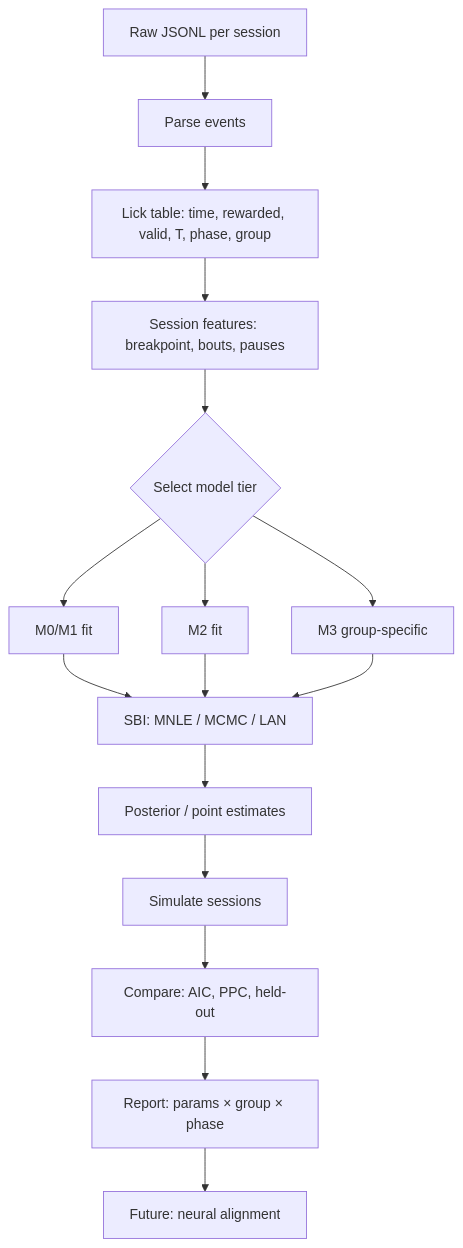
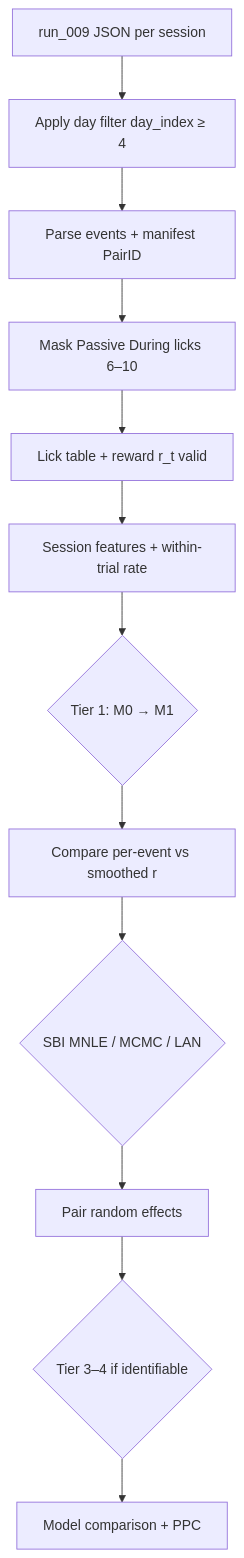
One commit to limserenahansol/opioid-model_wiki changed the diagram in model/05_FITTING_WORKFLOW.md. Above: the diagram before and after it, drawn with Mermaid. The commit also changed other lines of this file and 13 other files, not shown here.

````diff
--- a/model/05_FITTING_WORKFLOW.md
+++ b/model/05_FITTING_WORKFLOW.md
@@ -9,18 +11,14 @@
 ```mermaid
 flowchart TD
-    A[Raw JSONL per session] --> B[Parse events]
-    B --> C[Lick table: time, rewarded, valid, T, phase, group]
-    C --> D[Session features: breakpoint, bouts, pauses]
-    D --> E{Select model tier}
-    E --> M0[M0/M1 fit]
-    E --> M2[M2 fit]
-    E --> M3[M3 group-specific]
-    M0 --> F[SBI: MNLE / MCMC / LAN]
-    M2 --> F
-    M3 --> F
-    F --> G[Posterior / point estimates]
-    G --> H[Simulate sessions]
-    H --> I[Compare: AIC, PPC, held-out]
-    I --> J[Report: params × group × phase]
-    J --> K[Future: neural alignment]
+    A[run_009 JSON per session] --> B[Apply day filter day_index ≥ 4]
+    B --> C[Parse events + manifest PairID]
+    C --> D[Mask Passive During licks 6–10]
+    D --> E[Lick table + reward r_t valid]
+    E --> F[Session features + within-trial rate]
+    F --> G{Tier 1: M0 → M1}
+    G --> H[Compare per-event vs smoothed r]
+    H --> I{SBI MNLE / MCMC / LAN}
+    I --> J[Pair random effects]
+    J --> K{Tier 3–4 if identifiable}
+    K --> L[Model comparison + PPC]
 ```
````
